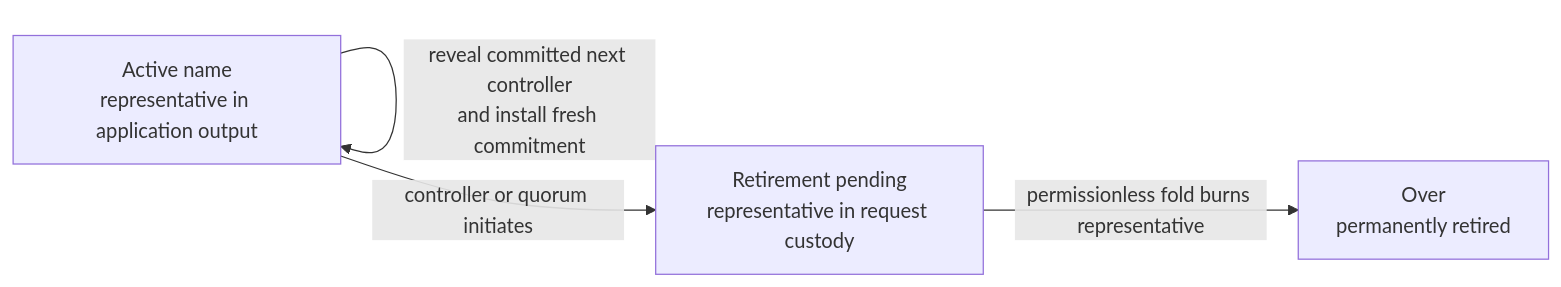
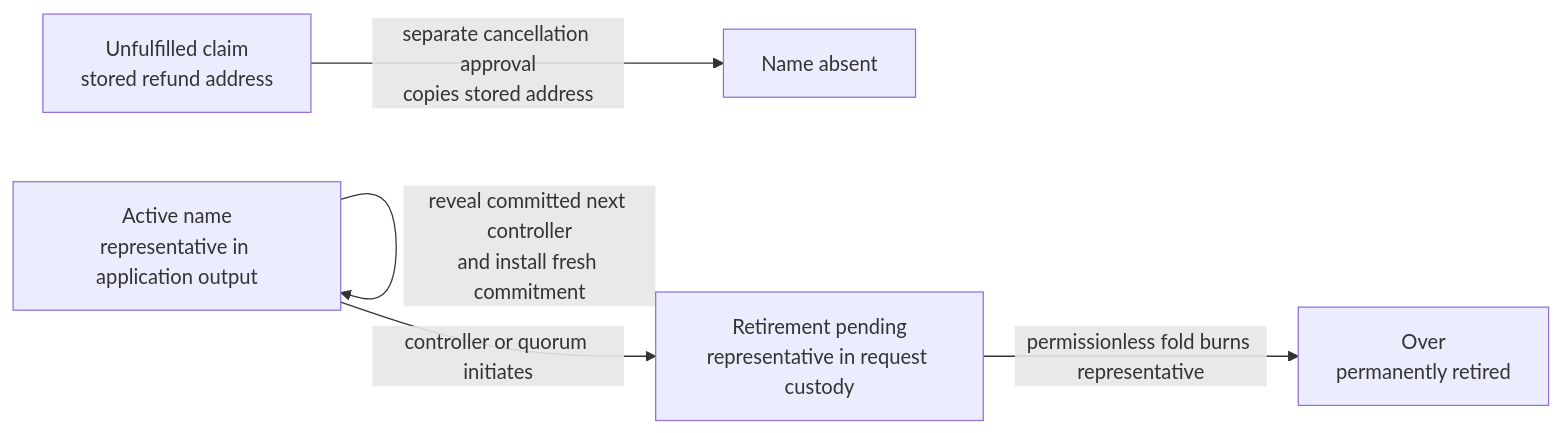
Before and after one commit to lambdasistemi/singular: the first of 5 diagrams in docs/naming-lifecycle.md, drawn with Mermaid. The commit also changed other lines of this file and 14 other files, not shown here.

Commit message:
feat: make naming claim cancellation playable

````diff
--- a/docs/naming-lifecycle.md
+++ b/docs/naming-lifecycle.md
@@ -9,8 +9,9 @@
 ```mermaid
 flowchart LR
+  ClaimPending[Unfulfilled claim<br/>stored refund address] -->|separate cancellation approval<br/>copies stored address| Absent[Name absent]
   Active[Active name<br/>representative in application output]
   Active -->|authorized destination maintenance| Active
   Active -->|reveal committed next controller<br/>and install fresh commitment| Active
   Active -->|controller or quorum initiates| Pending[Retirement pending<br/>representative in request custody]
   Pending -->|permissionless fold burns representative| Over[Over<br/>permanently retired]
 ```
````
